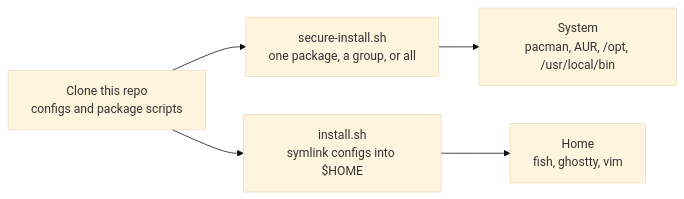
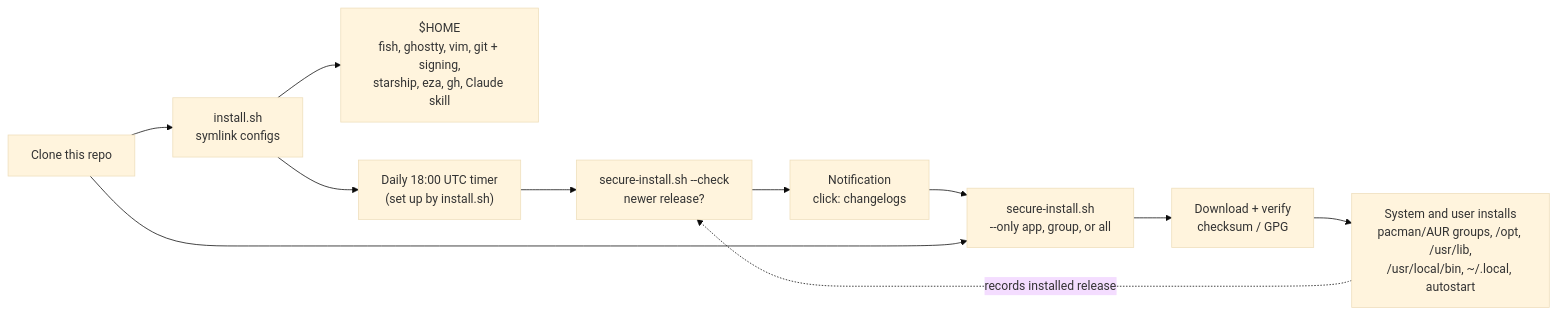
One commit to yelenkovsky/dotfiles changed the diagram in README.md. Above: the diagram before and after it, drawn with Mermaid (base theme). The commit also changed other lines of this file, not shown here.

Commit message:
Bring the README flowchart and text up to date.
Show the daily update check (timer, --check, changelog notification), the
verify step, all install locations, and everything install.sh links,
including commit signing.

````diff
--- a/README.md
+++ b/README.md
@@ -5,11 +5,17 @@
 ```mermaid
 flowchart LR
-  clone["Clone this repo<br/>configs and package scripts"]
-  secure["secure-install.sh<br/>one package, a group, or all"]
-  link["install.sh<br/>symlink configs into $HOME"]
-  system["System<br/>pacman, AUR, /opt, /usr/local/bin"]
-  home["Home<br/>fish, ghostty, vim"]
+  clone["Clone this repo"]
+  link["install.sh<br/>symlink configs"]
+  home["$HOME<br/>fish, ghostty, vim, git + signing,<br/>starship, eza, gh, Claude skill"]
+  timer["Daily 18:00 UTC timer<br/>(set up by install.sh)"]
+  check["secure-install.sh --check<br/>newer release?"]
+  notify["Notification<br/>click: changelogs"]
+  secure["secure-install.sh<br/>--only app, group, or all"]
+  verify["Download + verify<br/>checksum / GPG"]
+  system["System and user installs<br/>pacman/AUR groups, /opt, /usr/lib,<br/>/usr/local/bin, ~/.local, autostart"]
 
-  clone --> secure --> system
   clone --> link --> home
+  link --> timer --> check --> notify --> secure
+  clone --> secure --> verify --> system
+  system -. records installed release .-> check
 ```
````
